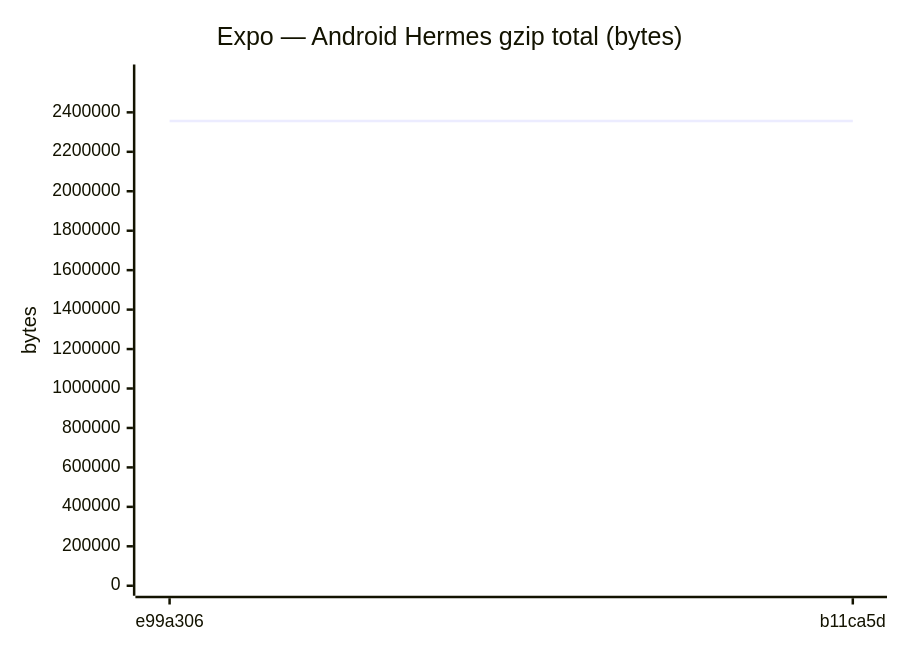
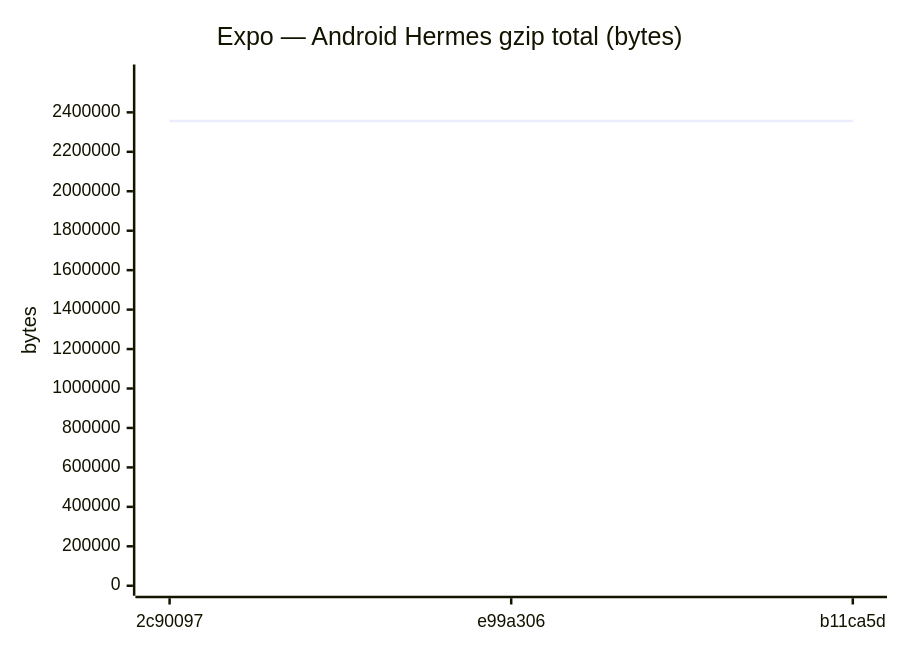
One commit to Metaheurist/Rianell changed diagram 15 of 24 in Benchmarks/compare.md. Above: the diagram before and after it, drawn with Mermaid. The commit also changed other lines of this file and 12 other files, not shown here.

````diff
--- a/Benchmarks/compare.md
+++ b/Benchmarks/compare.md
@@ -177,7 +185,7 @@
 ```mermaid
 xychart-beta
     title "Expo — Android Hermes gzip total (bytes)"
-    x-axis ["e99a306", "b11ca5d"]
+    x-axis ["2c90097", "e99a306", "b11ca5d"]
     y-axis "bytes" 0 --> 2591933
-    line [2356302, 2356299]
+    line [2356302, 2356302, 2356299]
 ```
````
